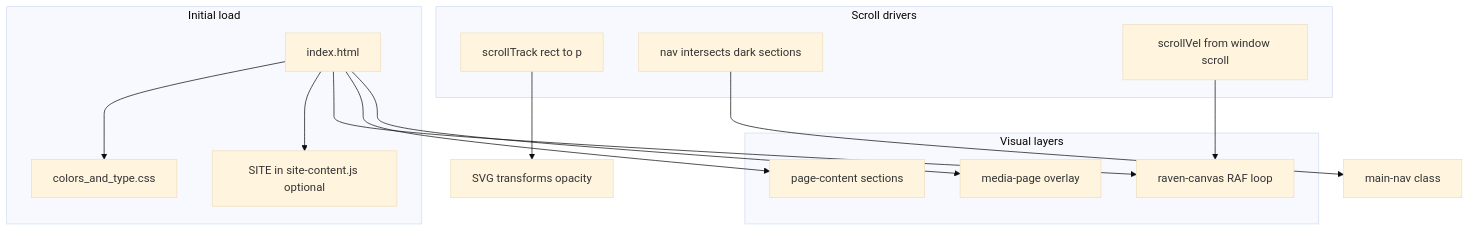
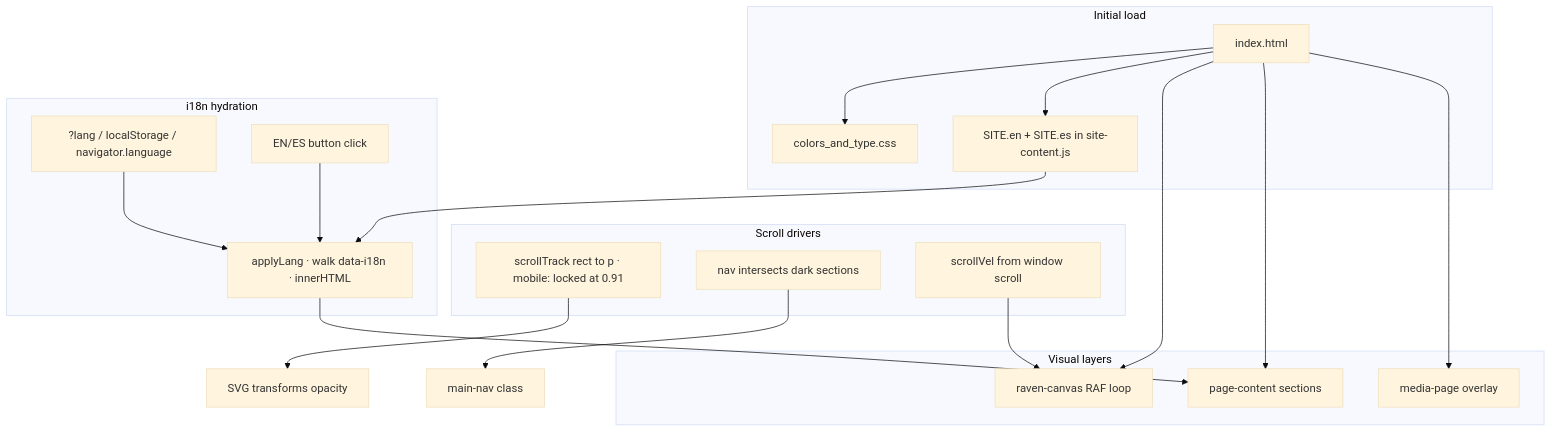
The diagram in ARCHITECTURE.md (hug-mun/landing), drawn with Mermaid (base theme) before and after one commit. The commit also changed other lines of this file and 2 other files, not shown here.

Commit message:
Add spanish and fix non mobile view bugs

````diff
--- a/ARCHITECTURE.md
+++ b/ARCHITECTURE.md
@@ -209,26 +280,35 @@
 ```mermaid
 flowchart TB
   subgraph load [Initial load]
     HTML[index.html]
     CSS[colors_and_type.css]
-    DS[SITE in site-content.js optional]
+    DS[SITE.en + SITE.es in site-content.js]
     HTML --> CSS
     HTML --> DS
   end
   subgraph layers [Visual layers]
     Canvas[raven-canvas RAF loop]
     Page[page-content sections]
     Media[media-page overlay]
   end
   subgraph scroll [Scroll drivers]
-    Hero[scrollTrack rect to p]
+    Hero[scrollTrack rect to p · mobile: locked at 0.91]
     NavCheck[nav intersects dark sections]
     Raven[scrollVel from window scroll]
+  end
+  subgraph i18n [i18n hydration]
+    LangPick[?lang / localStorage / navigator.language]
+    Apply[applyLang · walk data-i18n · innerHTML]
+    Toggle[EN/ES button click]
   end
   HTML --> Canvas
   HTML --> Page
   HTML --> Media
   Hero --> SVG[SVG transforms opacity]
   NavCheck --> Nav[main-nav class]
   Raven --> Canvas
+  DS --> Apply
+  LangPick --> Apply
+  Toggle --> Apply
+  Apply --> Page
 ```
````
